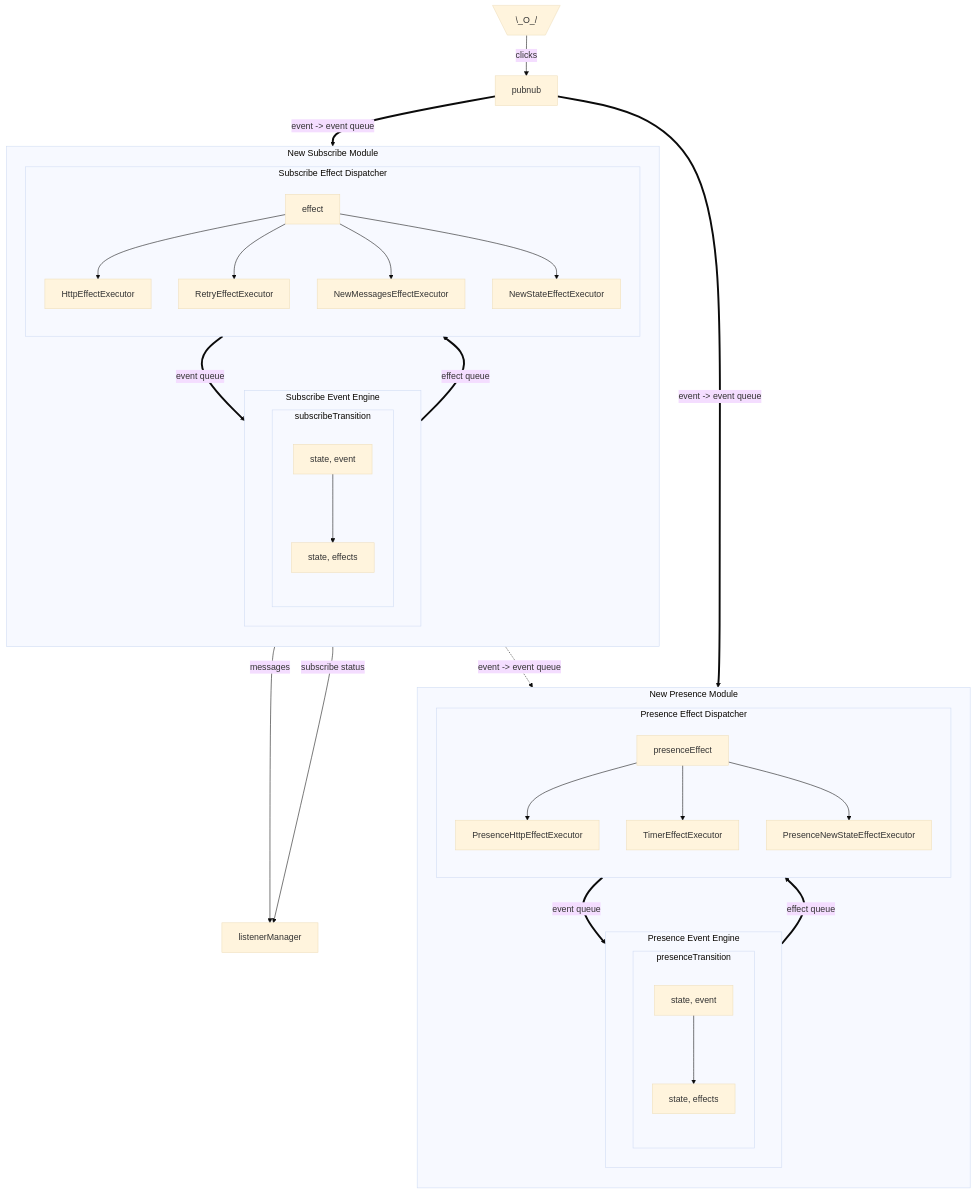
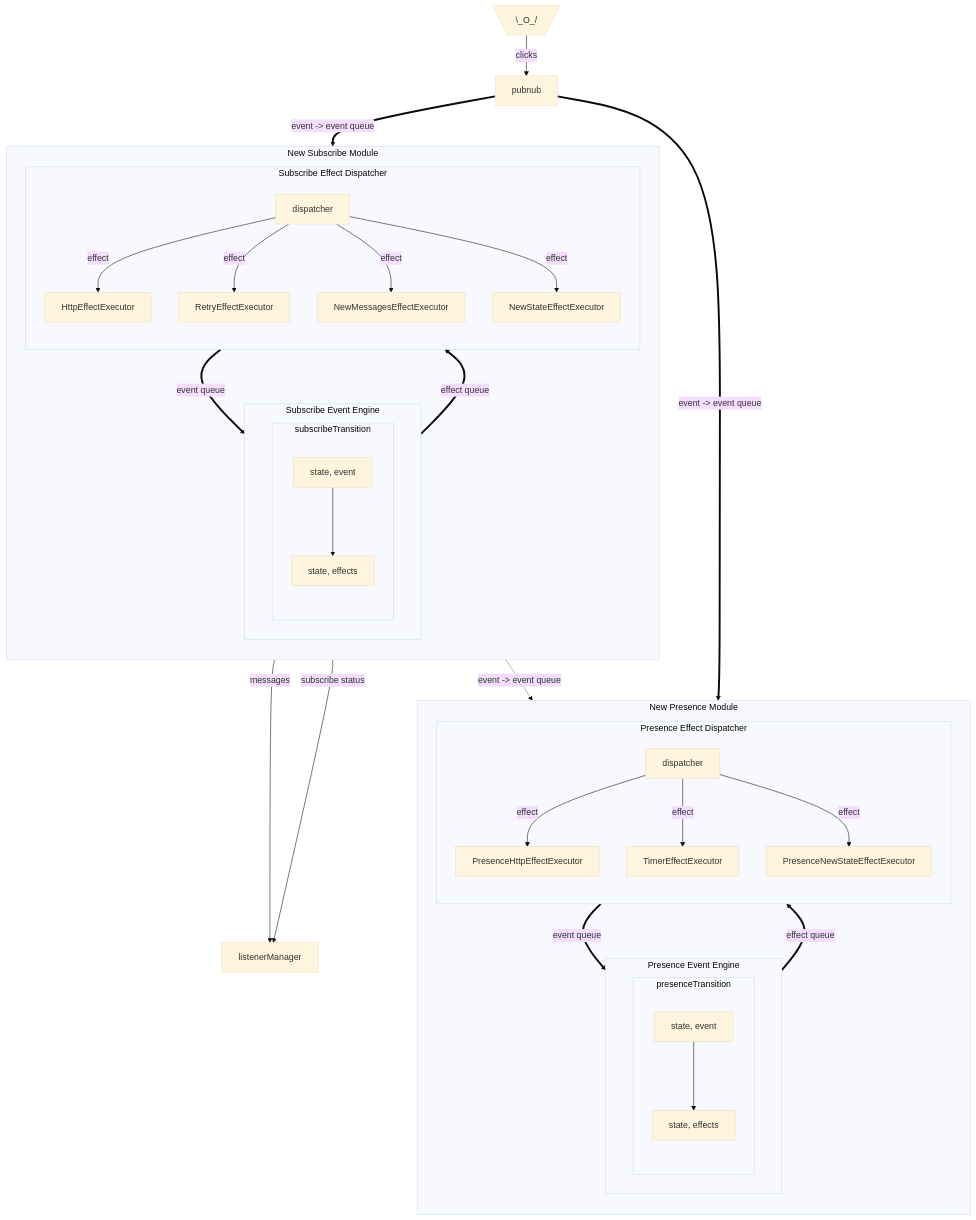
Before and after one commit to pubnub/kotlin: the diagram in SUBSCRIBE.MD, drawn with Mermaid (base theme).

Commit message:
Dispatch effects

````diff
--- a/SUBSCRIBE.MD
+++ b/SUBSCRIBE.MD
@@ -1,47 +1,42 @@
 ```mermaid
 flowchart TB
   subgraph subscribeModule[New Subscribe Module]
       direction TB
       subgraph eventEngine[Subscribe Event Engine]
         subgraph subscribeTransition 
             state,event1[state, event] --> state,effects1[state, effects]
         end
       end
       
       subgraph effectDispatcher[Subscribe Effect Dispatcher]
             direction TB
-            effect --> HttpEffectExecutor
-            effect --> RetryEffectExecutor
-            effect --> NewMessagesEffectExecutor
-            effect --> NewStateEffectExecutor
+            dispatcher -- effect --> HttpEffectExecutor & RetryEffectExecutor & NewMessagesEffectExecutor & NewStateEffectExecutor
       end
   end
 
   subgraph presenceModule[New Presence Module]
     direction TB
     subgraph presenceEventEngine[Presence Event Engine]
       subgraph presenceTransition 
             state,event2[state, event] --> state,effects2[state, effects]
       end
     end
     subgraph presenceDispatcher[Presence Effect Dispatcher]
       direction TB
-      presenceEffect --> PresenceHttpEffectExecutor
-      presenceEffect --> TimerEffectExecutor
-      presenceEffect --> PresenceNewStateEffectExecutor
+      presenceDisp[dispatcher] -- effect --> PresenceHttpEffectExecutor & TimerEffectExecutor & PresenceNewStateEffectExecutor
     end    
     
   end
 
   eventEngine == effect queue ==> effectDispatcher
   effectDispatcher == event queue ==> eventEngine
   presenceEventEngine == effect queue ==> presenceDispatcher
   presenceDispatcher == event queue ==> presenceEventEngine
   user[\\_O_//] -- clicks --> pubnub
   pubnub == event -> event queue ==> subscribeModule
   pubnub == event -> event queue ==> presenceModule
   subscribeModule -- messages --> listenerManager
   subscribeModule -- subscribe status --> listenerManager
 
   subscribeModule -. event -> event queue .-> presenceModule
 ```
````
